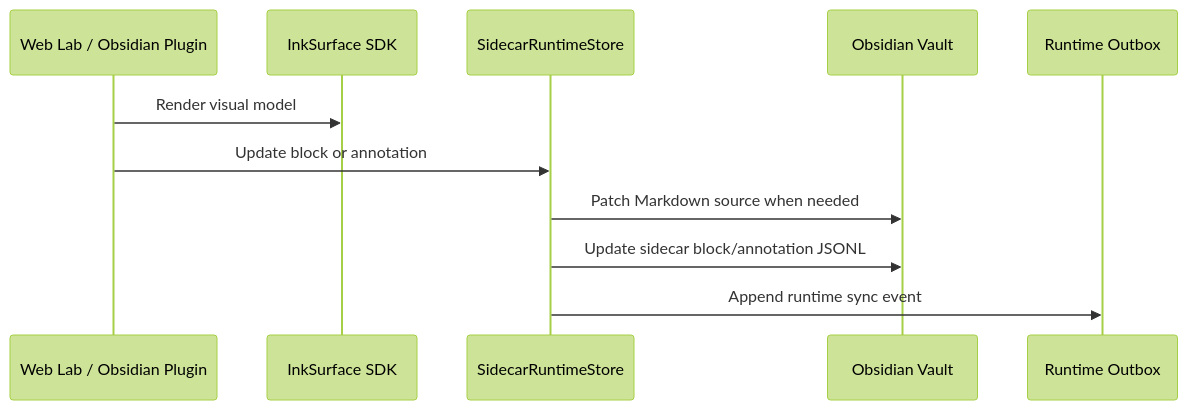
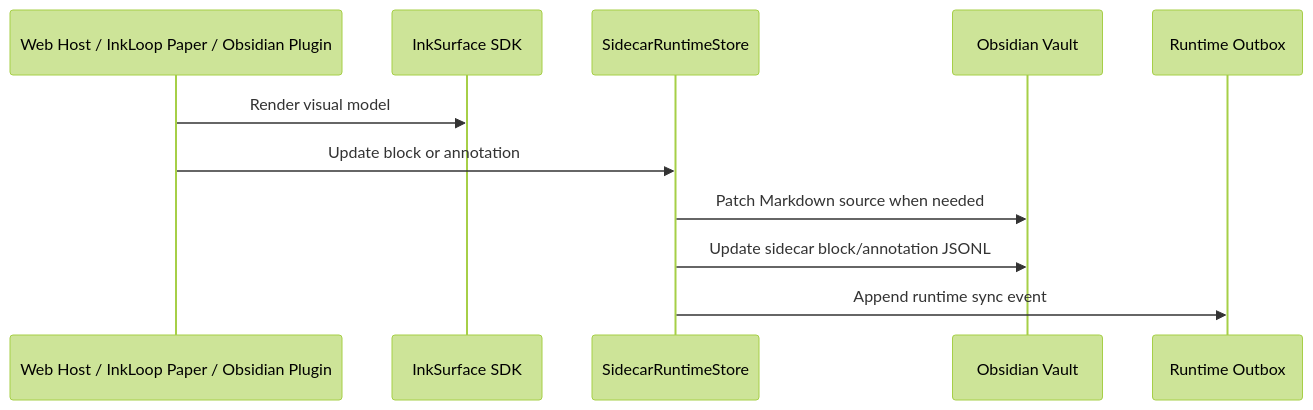
Before and after one commit to NoDeskAI/ink-surface-sdk: the fourth of 6 diagrams in docs/architecture.md, drawn with Mermaid (forest theme). The commit also changed other lines of this file and 547 other files, not shown here.

````diff
--- a/docs/architecture.md
+++ b/docs/architecture.md
@@ -384,14 +475,14 @@
 ```mermaid
 sequenceDiagram
-  participant Host as Web Lab / Obsidian Plugin
+  participant Host as Web Host / InkLoop Paper / Obsidian Plugin
   participant SDK as InkSurface SDK
   participant Runtime as SidecarRuntimeStore
   participant Vault as Obsidian Vault
   participant Outbox as Runtime Outbox
 
   Host->>SDK: Render visual model
   Host->>Runtime: Update block or annotation
   Runtime->>Vault: Patch Markdown source when needed
   Runtime->>Vault: Update sidecar block/annotation JSONL
   Runtime->>Outbox: Append runtime sync event
 ```
````
